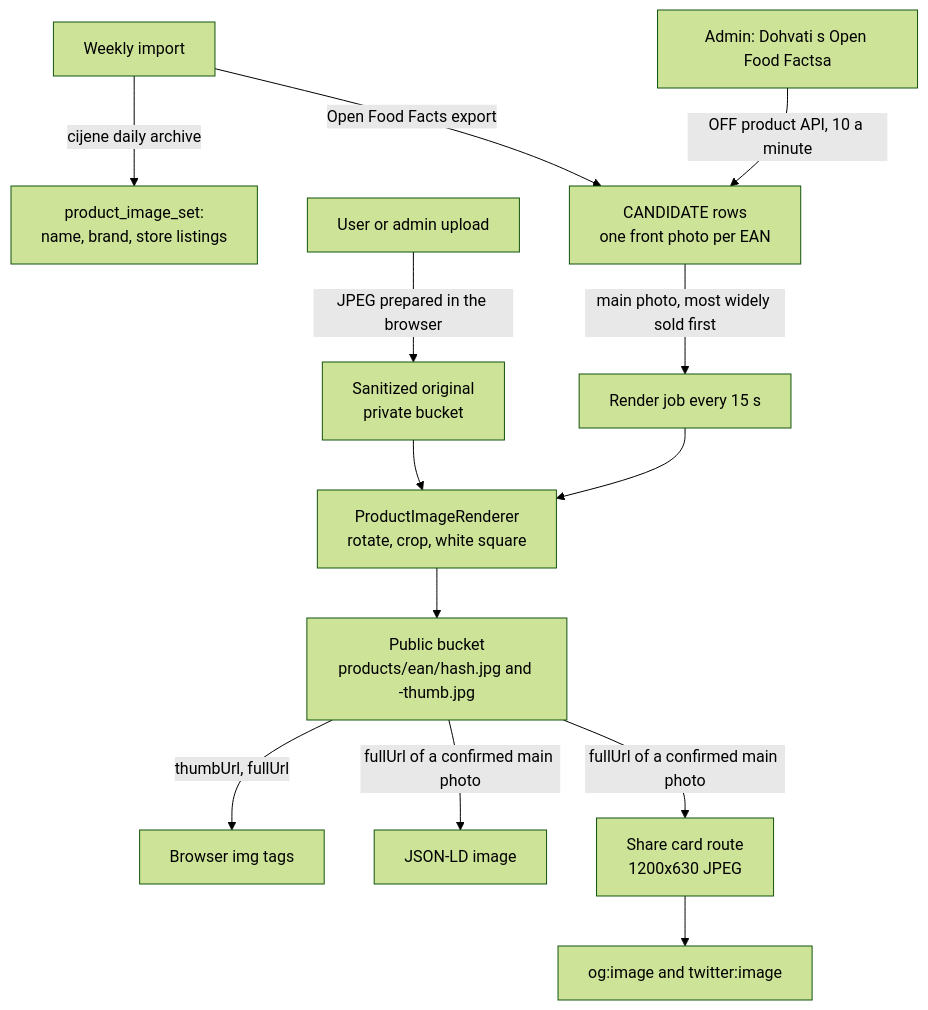
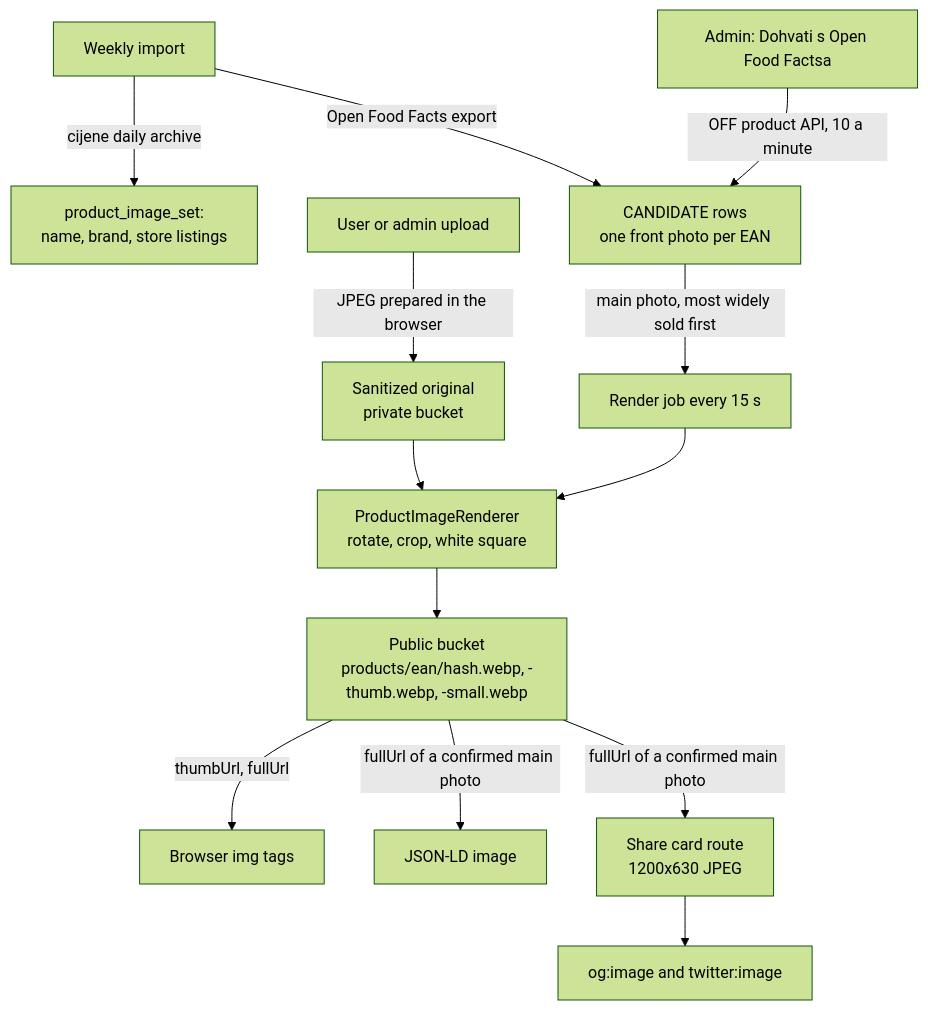
The first of 2 diagrams in docs/PRODUCT-IMAGES.md (OffCrazyFreak/Disscount), drawn with Mermaid (forest theme) before and after one commit. The commit also changed other lines of this file and 1 other file, not shown here.

First line of the commit message:
docs(products): Match the photo docs to the WebP files and the re-render job

````diff
--- a/docs/PRODUCT-IMAGES.md
+++ b/docs/PRODUCT-IMAGES.md
@@ -52,15 +52,15 @@
 ```mermaid
 flowchart TD
     W[Weekly import] -->|cijene daily archive| S[product_image_set:<br/>name, brand, store listings]
     W -->|Open Food Facts export| C[CANDIDATE rows<br/>one front photo per EAN]
     A[Admin: Dohvati s Open Food Factsa] -->|OFF product API, 10 a minute| C
     U[User or admin upload] -->|JPEG prepared in the browser| O[Sanitized original<br/>private bucket]
     O --> R
     C -->|main photo, most widely sold first| J[Render job every 15 s]
     J --> R[ProductImageRenderer<br/>rotate, crop, white square]
-    R --> P["Public bucket<br/>products/ean/hash.jpg and -thumb.jpg"]
+    R --> P["Public bucket<br/>products/ean/hash.webp, -thumb.webp, -small.webp"]
     P -->|thumbUrl, fullUrl| B[Browser img tags]
     P -->|fullUrl of a confirmed main photo| LD[JSON-LD image]
     P -->|fullUrl of a confirmed main photo| CARD["Share card route<br/>1200x630 JPEG"]
     CARD --> SEO[og:image and twitter:image]
 ```
````
